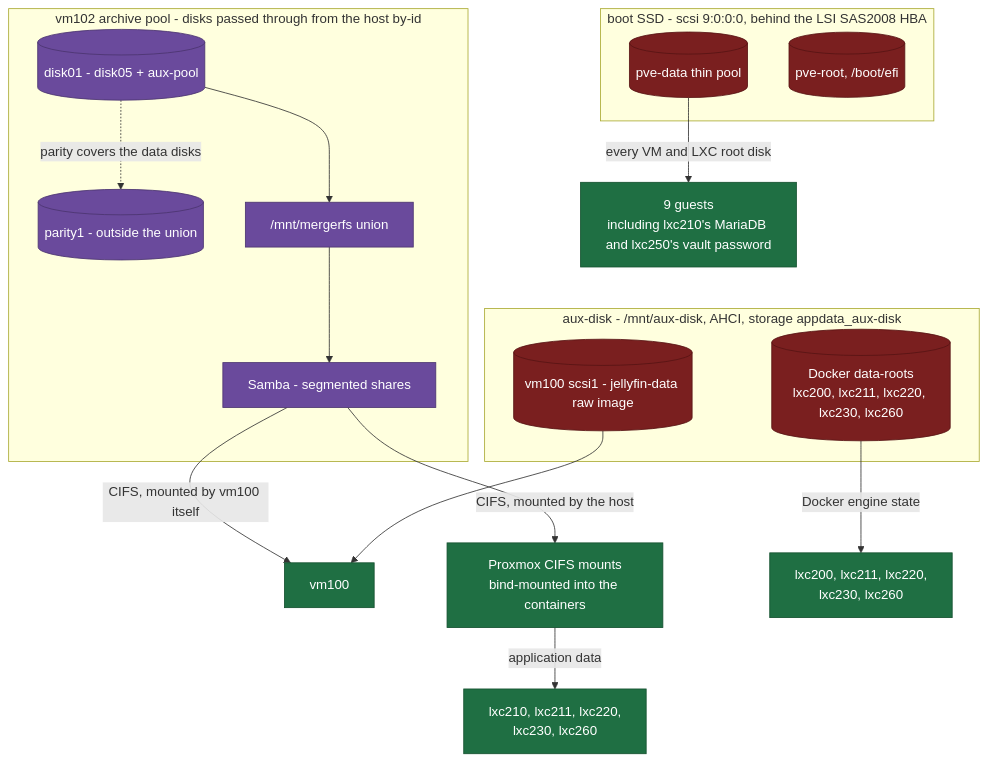
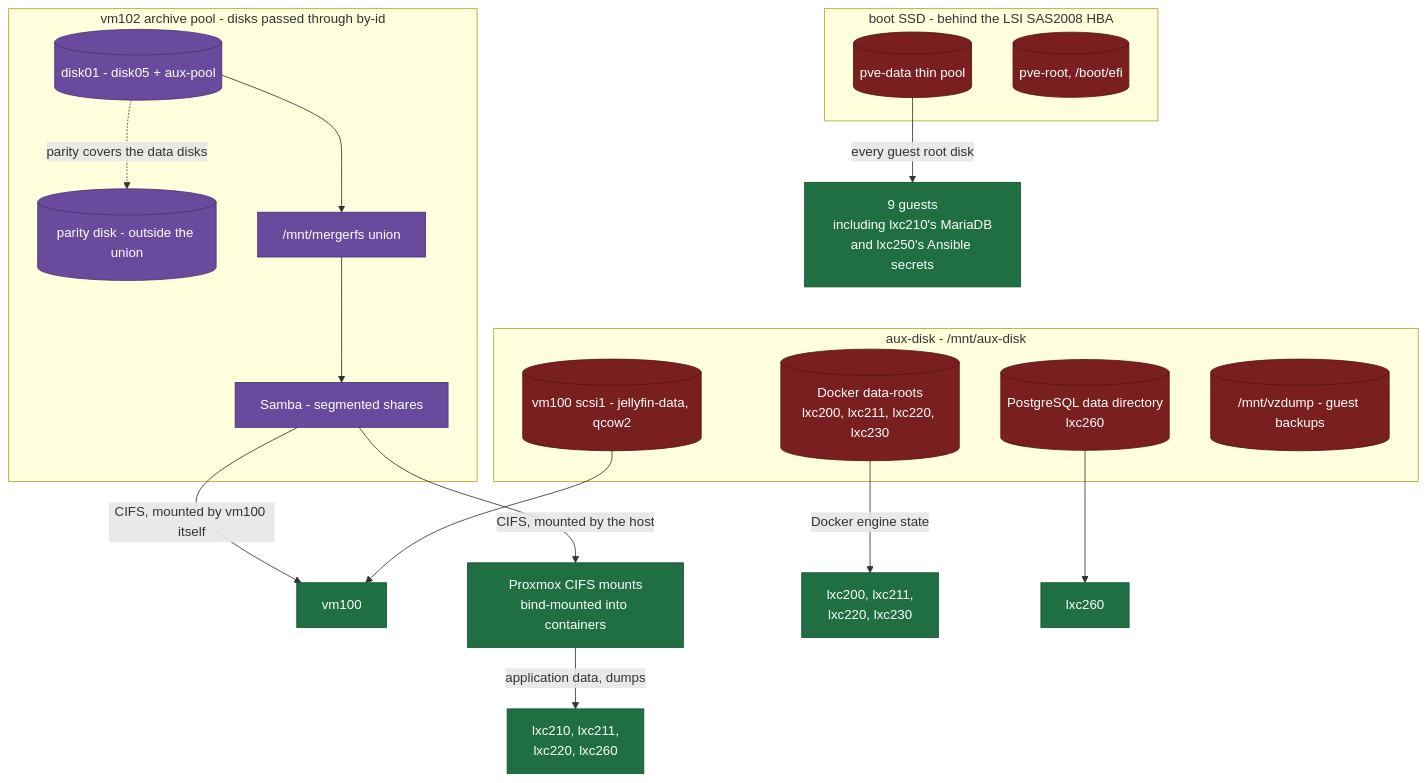
The third of 3 diagrams in docs/architecture/diagram.md (NicolasPogorzelski/homelab-server-architecture), drawn with Mermaid before and after one commit. The commit also changed other lines of this file and 23 other files, not shown here.

First line of the commit message:
docs(docs): reduce node, service and architecture documents to current state

````diff
--- a/docs/architecture/diagram.md
+++ b/docs/architecture/diagram.md
@@ -150,39 +109,42 @@
 ```mermaid
 flowchart TB
   accTitle: The three storage layers of the platform
-  accDescr: Boot SSD thin pool with all guest root disks, aux-disk with Docker data roots, and the vm102 archive pool with parity, showing which consumer uses which.
+  accDescr: Boot SSD thin pool with all guest root disks, aux-disk with Docker data roots, PostgreSQL data and vm100's data disk, and the vm102 archive pool with parity, showing which consumer uses which.
 
-  subgraph boot["boot SSD - scsi 9:0:0:0, behind the LSI SAS2008 HBA"]
+  subgraph boot["boot SSD - behind the LSI SAS2008 HBA"]
     THIN[("pve-data thin pool")]
     PVEROOT[("pve-root, /boot/efi")]
   end
 
-  subgraph aux["aux-disk - /mnt/aux-disk, AHCI, storage appdata_aux-disk"]
-    DOCKERROOTS[("Docker data-roots<br/>lxc200, lxc211, lxc220, lxc230, lxc260")]
-    JELLYRAW[("vm100 scsi1 - jellyfin-data raw image")]
+  subgraph aux["aux-disk - /mnt/aux-disk"]
+    DOCKERROOTS[("Docker data-roots<br/>lxc200, lxc211, lxc220, lxc230")]
+    PGDATA[("PostgreSQL data directory<br/>lxc260")]
+    JELLY[("vm100 scsi1 - jellyfin-data, qcow2")]
+    VZDUMP[("/mnt/vzdump - guest backups")]
   end
 
-  subgraph pool["vm102 archive pool - disks passed through from the host by-id"]
+  subgraph pool["vm102 archive pool - disks passed through by-id"]
     DISKS[("disk01 - disk05 + aux-pool")]
-    PARITY[("parity1 - outside the union")]
+    PARITY[("parity disk - outside the union")]
     MERGER["/mnt/mergerfs union"]
     SAMBA["Samba - segmented shares"]
   end
 
-  THIN -->|"every VM and LXC root disk"| GUESTS["9 guests<br/>including lxc210's MariaDB and lxc250's vault password"]
+  THIN -->|"every guest root disk"| GUESTS["9 guests<br/>including lxc210's MariaDB<br/>and lxc250's Ansible secrets"]
   DISKS --> MERGER
   DISKS -.->|"parity covers the data disks"| PARITY
   MERGER --> SAMBA
   SAMBA -->|"CIFS, mounted by vm100 itself"| VM100["vm100"]
-  SAMBA -->|"CIFS, mounted by the host"| HOSTCIFS["Proxmox CIFS mounts<br/>bind-mounted into the containers"]
-  HOSTCIFS -->|"application data"| CIFSLXC["lxc210, lxc211, lxc220,<br/>lxc230, lxc260"]
-  DOCKERROOTS -->|"Docker engine state"| DOCKERLXC["lxc200, lxc211, lxc220,<br/>lxc230, lxc260"]
-  JELLYRAW --> VM100
+  SAMBA -->|"CIFS, mounted by the host"| HOSTCIFS["Proxmox CIFS mounts<br/>bind-mounted into containers"]
+  HOSTCIFS -->|"application data, dumps"| CIFSLXC["lxc210, lxc211,<br/>lxc220, lxc260"]
+  DOCKERROOTS -->|"Docker engine state"| DOCKERLXC["lxc200, lxc211,<br/>lxc220, lxc230"]
+  PGDATA --> PG["lxc260"]
+  JELLY --> VM100
 
   classDef sick fill:#7a1f1f,stroke:#571414,color:#ffffff
   classDef ok fill:#6a4a9c,stroke:#4c3570,color:#ffffff
   classDef consumer fill:#1f6f43,stroke:#14512f,color:#ffffff
-  class THIN,PVEROOT,DOCKERROOTS,JELLYRAW sick
+  class THIN,PVEROOT,DOCKERROOTS,PGDATA,JELLY,VZDUMP sick
   class DISKS,PARITY,MERGER,SAMBA ok
-  class GUESTS,VM100,CIFSLXC,DOCKERLXC,HOSTCIFS consumer
+  class GUESTS,VM100,CIFSLXC,DOCKERLXC,HOSTCIFS,PG consumer
 ```
````
